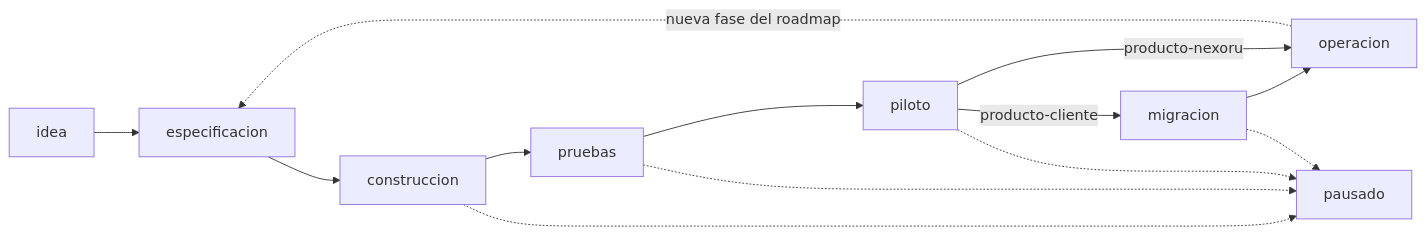
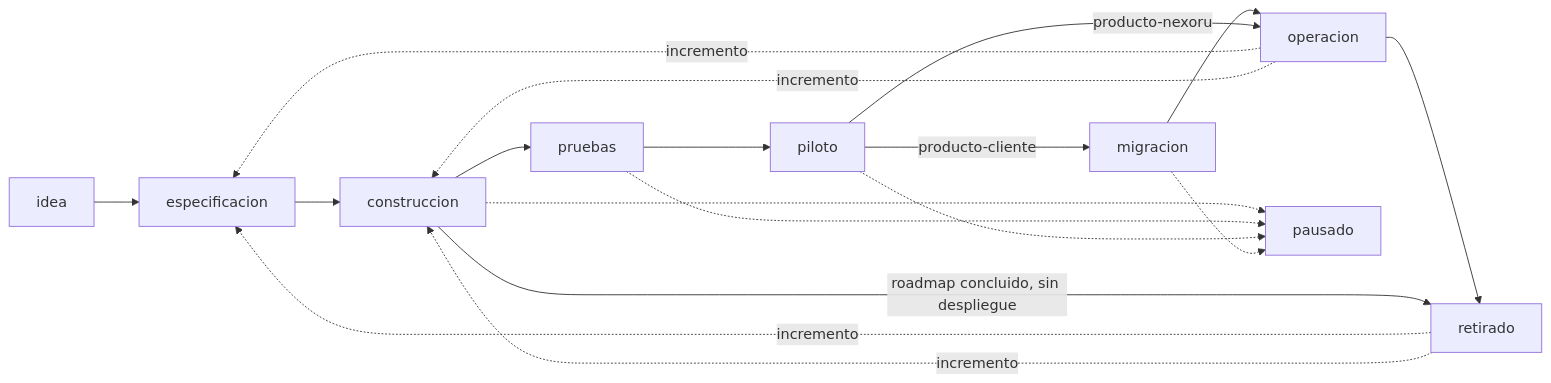
Before and after one commit to adminnexoru/nexoru-governance: the diagram in standard/lifecycle.md, drawn with Mermaid. The commit also changed other lines of this file and 10 other files, not shown here.

````diff
--- a/standard/lifecycle.md
+++ b/standard/lifecycle.md
@@ -13,8 +13,10 @@
 ```mermaid
 flowchart LR
   I[idea] --> E[especificacion] --> C[construccion] --> P[pruebas] --> PI[piloto]
   PI -->|producto-cliente| M[migracion] --> O[operacion]
   PI -->|producto-nexoru| O
-  O -. nueva fase del roadmap .-> E
+  O --> R[retirado]
+  C -->|roadmap concluido, sin despliegue| R
+  O & R -. incremento .-> E & C
   C & P & PI & M -.-> PA[pausado]
 ```
````
